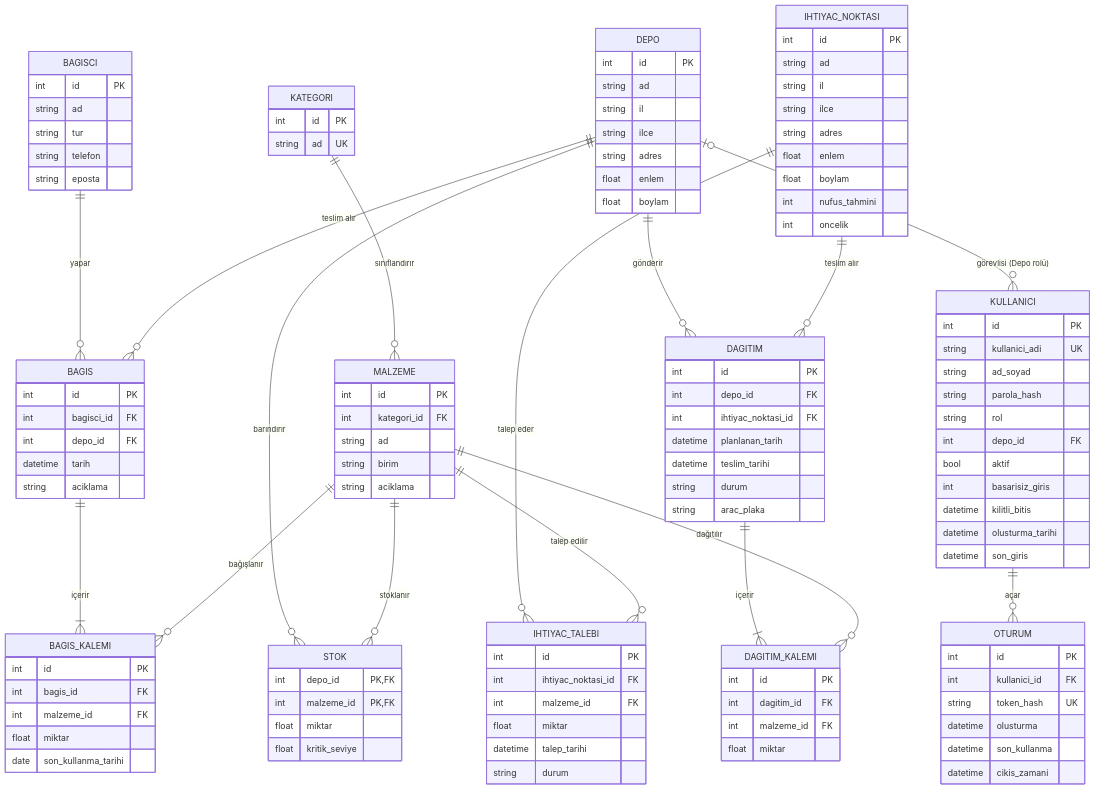
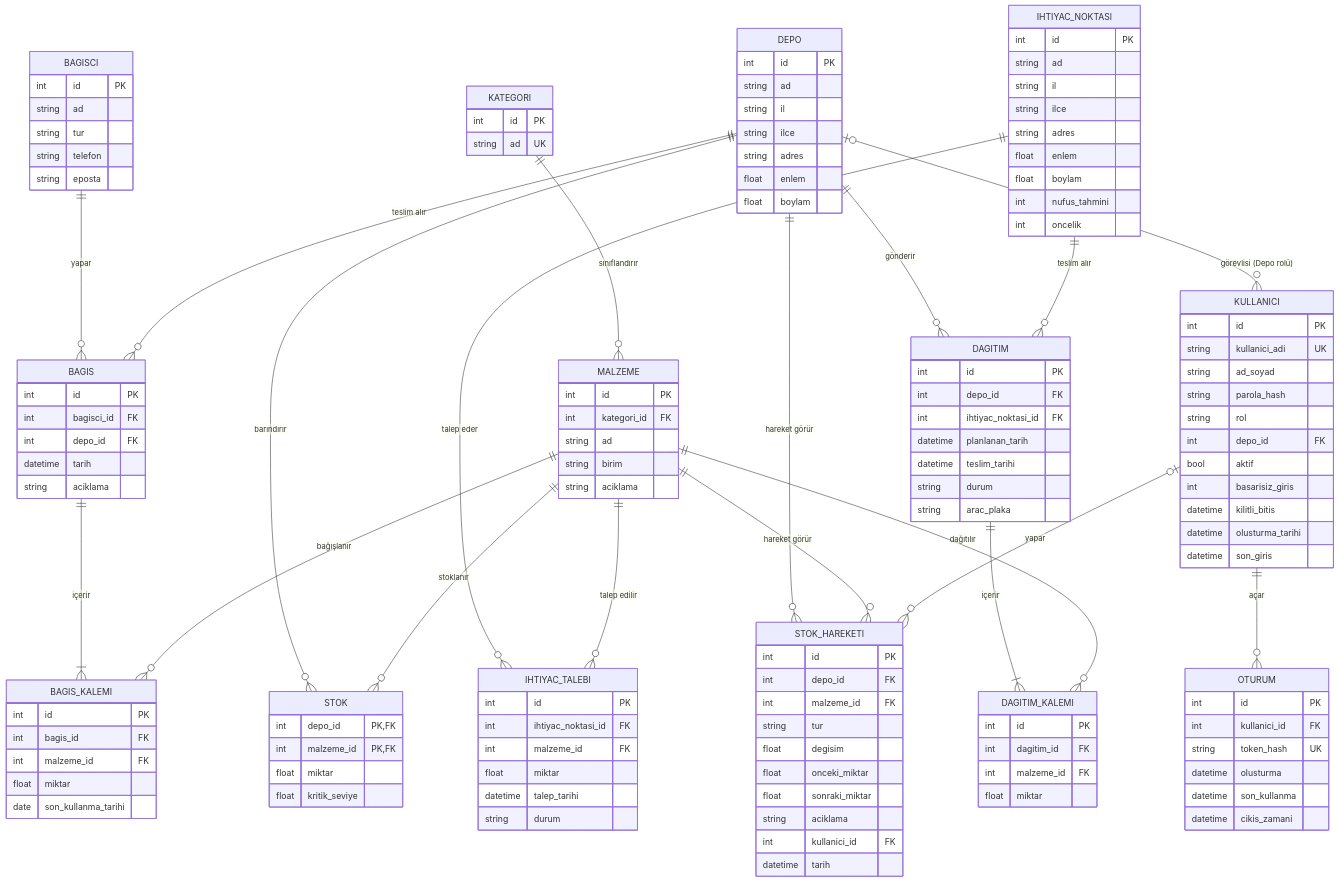
One commit to katkat12ihsan/Afet-Yardim-Malzemesi-Lojistik-ve-Dagitim---backend changed the diagram in docs/ER-Diyagrami.md. Above: the diagram before and after it, drawn with Mermaid. The commit also changed other lines of this file and 17 other files, not shown here.

```diff
--- a/docs/ER-Diyagrami.md
+++ b/docs/ER-Diyagrami.md
@@ -18,6 +18,9 @@
     DAGITIM  ||--|{ DAGITIM_KALEMI : "içerir"
     DEPO     |o--o{ KULLANICI : "görevlisi (Depo rolü)"
     KULLANICI ||--o{ OTURUM : "açar"
+    DEPO     ||--o{ STOK_HAREKETI : "hareket görür"
+    MALZEME  ||--o{ STOK_HAREKETI : "hareket görür"
+    KULLANICI |o--o{ STOK_HAREKETI : "yapar"
     MALZEME  ||--o{ DAGITIM_KALEMI : "dağıtılır"
 
     KATEGORI {
@@ -108,6 +111,18 @@
         datetime olusturma_tarihi
         datetime son_giris
     }
+    STOK_HAREKETI {
+        int id PK
+        int depo_id FK
+        int malzeme_id FK
+        string tur
+        float degisim
+        float onceki_miktar
+        float sonraki_miktar
+        string aciklama
+        int kullanici_id FK
+        datetime tarih
+    }
     OTURUM {
         int id PK
         int kullanici_id FK
```
